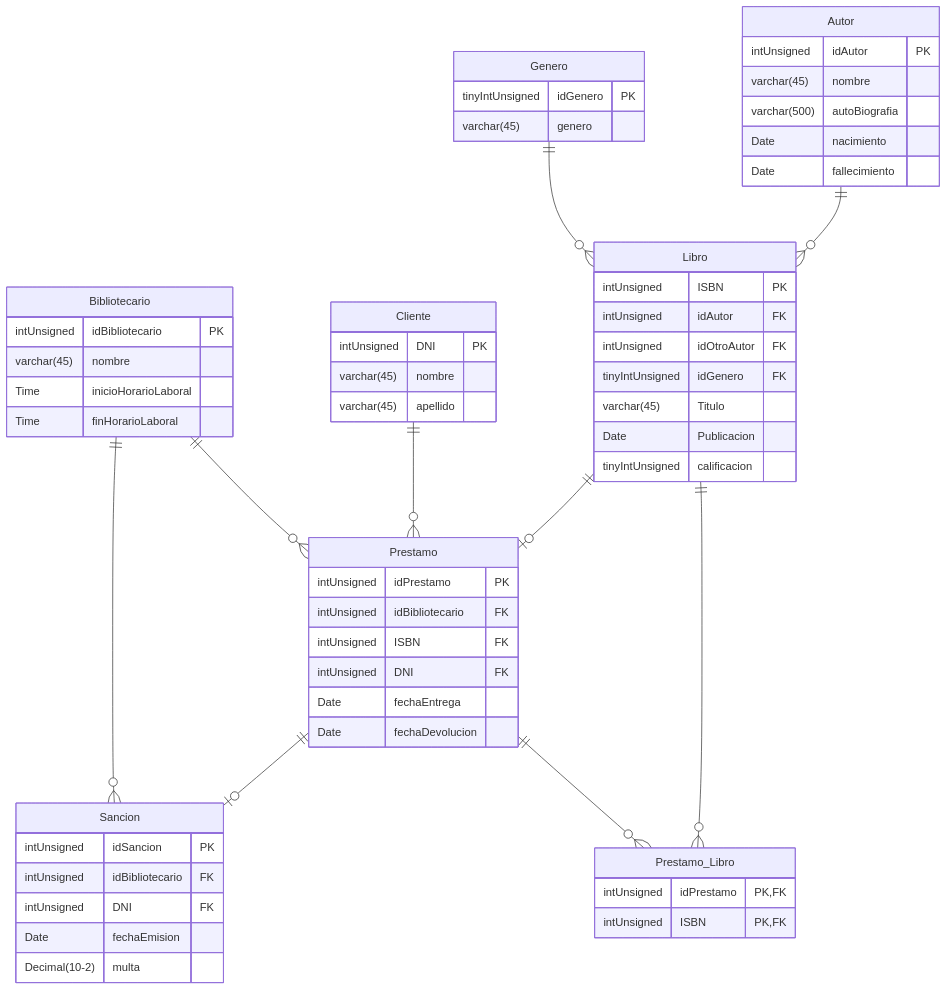
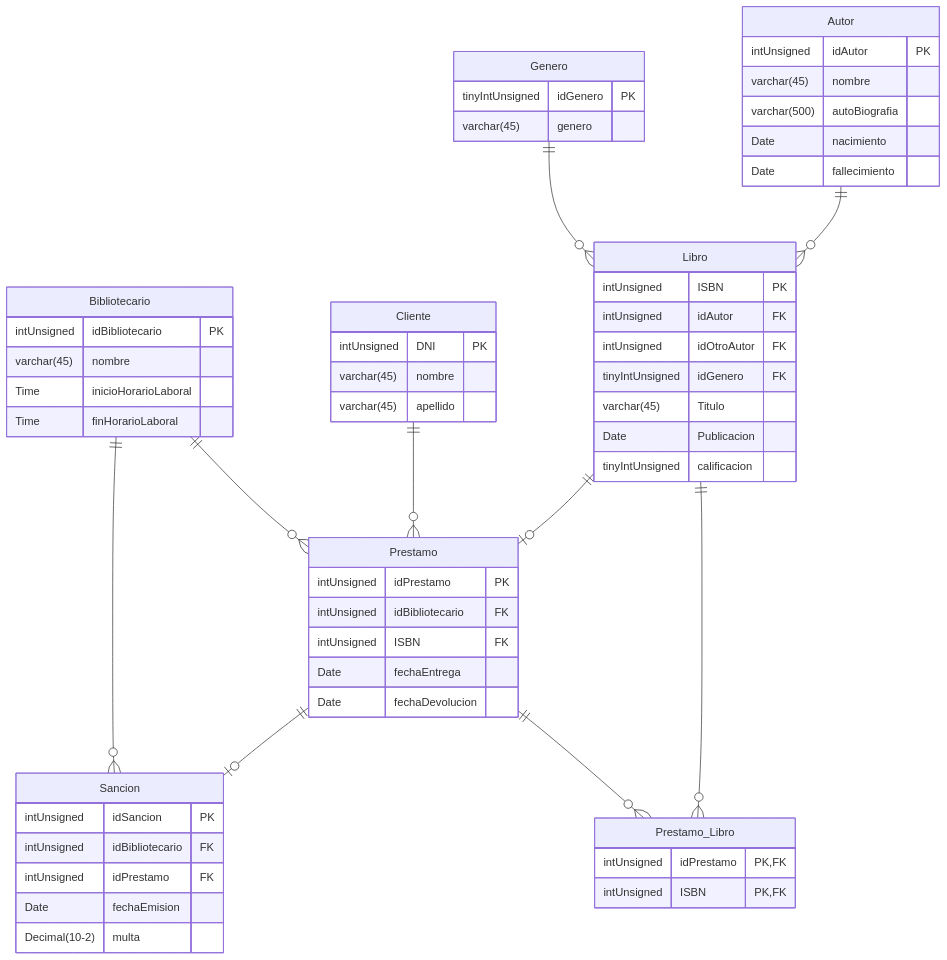
Before and after one commit to PasandiLuka/BD-Biblioteca: the diagram in README.md, drawn with Mermaid. The commit also changed other lines of this file and 1 other file, not shown here.

````diff
--- a/README.md
+++ b/README.md
@@ -14,75 +14,74 @@
 ```mermaid
 erDiagram
 Genero{
     tinyIntUnsigned idGenero PK
     varchar(45) genero
 }
 
 
 Bibliotecario{
     intUnsigned idBibliotecario PK
     varchar(45) nombre
     Time inicioHorarioLaboral
     Time finHorarioLaboral
 }
 
 
 Autor{
     intUnsigned idAutor PK
     varchar(45) nombre
     varchar(500) autoBiografia
     Date nacimiento
     Date fallecimiento
 }
 
 Cliente{
     intUnsigned DNI PK
     varchar(45) nombre
     varchar(45) apellido
 }
 
 Libro{
     intUnsigned ISBN PK
     intUnsigned idAutor FK
     intUnsigned idOtroAutor FK
     tinyIntUnsigned idGenero FK
     varchar(45) Titulo
     Date Publicacion
     tinyIntUnsigned calificacion
 }
 
 
 Sancion{
     intUnsigned idSancion PK
     intUnsigned idBibliotecario FK
-    intUnsigned DNI FK
+    intUnsigned idPrestamo FK
     Date fechaEmision
     Decimal(10-2) multa    
 }
 
 Prestamo{
     intUnsigned idPrestamo PK
     intUnsigned idBibliotecario FK
     intUnsigned ISBN FK
-    intUnsigned DNI FK
     Date fechaEntrega
     Date fechaDevolucion
 }
 
 Prestamo_Libro{
     intUnsigned idPrestamo PK, FK
     intUnsigned ISBN PK, FK
 }
 
 Genero||--o{Libro:""
 Bibliotecario||--o{Sancion:""
 Bibliotecario||--o{Prestamo:""
 Libro||--o|Prestamo:""
 Cliente||--o{Prestamo:""
 Prestamo||--o|Sancion:""
 Libro||--o{Prestamo_Libro:""
 Prestamo||--o{Prestamo_Libro:""
 Autor||--o{Libro:""
 
 
 ```
````
